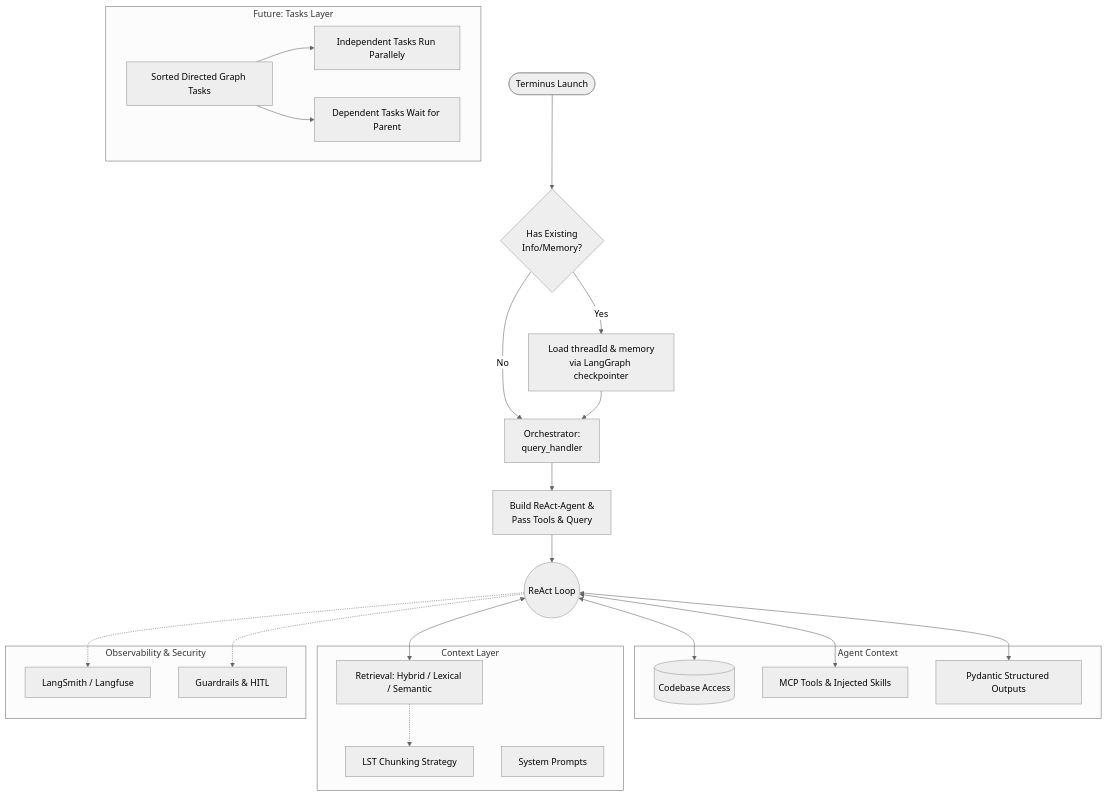
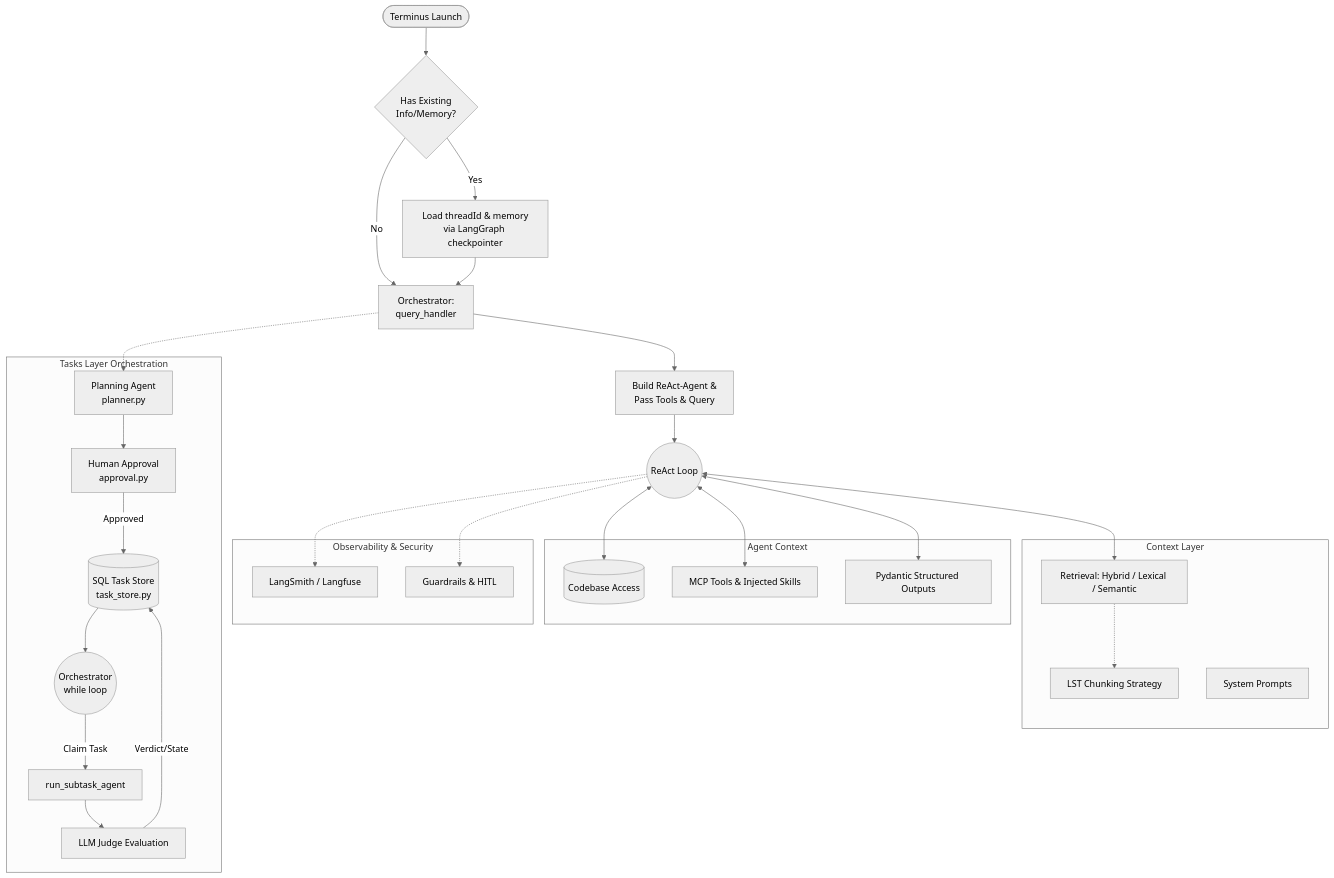
The diagram in README.md (mustafamubashir03/Terminus---CLI-Coding-Agent), drawn with Mermaid (neutral theme) before and after one commit. The commit also changed other lines of this file and 10 other files, not shown here.

````diff
--- a/README.md
+++ b/README.md
@@ -80,45 +80,55 @@
 ```mermaid
 graph TD
     Start([Terminus Launch]) --> CheckMemory{Has Existing<br/>Info/Memory?}
     CheckMemory -- Yes --> LoadMem[Load threadId & memory<br/>via LangGraph checkpointer]
     CheckMemory -- No --> InitQuery[Orchestrator:<br/>query_handler]
     LoadMem --> InitQuery
 
     InitQuery --> BuildAgent[Build ReAct-Agent &<br/>Pass Tools & Query]
     BuildAgent --> AgentLoop((ReAct Loop))
 
     subgraph Agent Context
         CodeBase[(Codebase Access)]
         Tools[MCP Tools & Injected Skills]
         StructOut[Pydantic Structured Outputs]
     end
 
     AgentLoop <--> CodeBase
     AgentLoop <--> Tools
     AgentLoop <--> StructOut
 
     subgraph Context Layer
         Retrieve[Retrieval: Hybrid / Lexical / Semantic]
         Chunking[LST Chunking Strategy]
         SysPrompts[System Prompts]
     end
 
     AgentLoop <--> Retrieve
     Retrieve -.-> Chunking
     
     subgraph Observability & Security
         Obs[LangSmith / Langfuse]
         Sec[Guardrails & HITL]
     end
 
     AgentLoop -.-> Obs
     AgentLoop -.-> Sec
 
-    subgraph Future: Tasks Layer
-        DAG[Sorted Directed Graph Tasks]
-        Parallel[Independent Tasks Run Parallely]
-        Wait[Dependent Tasks Wait for Parent]
-        DAG --> Parallel
-        DAG --> Wait
+    subgraph Tasks Layer Orchestration
+        Plan[Planning Agent<br/>planner.py]
+        HITL[Human Approval<br/>approval.py]
+        SQLStore[(SQL Task Store<br/>task_store.py)]
+        ExecLoop((Orchestrator<br/>while loop))
+        SubTask[run_subtask_agent]
+        LLMJudge[LLM Judge Evaluation]
+
+        Plan --> HITL
+        HITL -- Approved --> SQLStore
+        SQLStore --> ExecLoop
+        ExecLoop -- Claim Task --> SubTask
+        SubTask --> LLMJudge
+        LLMJudge -- Verdict/State --> SQLStore
     end
+    
+    InitQuery -.-> Plan
 ```
````
